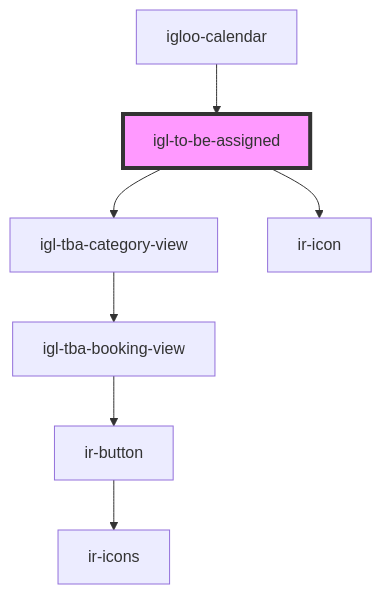
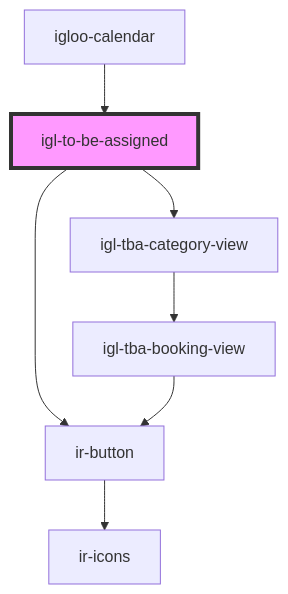
Before and after one commit to David1Chowaifaty/modified-ir-webcmp: the diagram in src/components/igloo-calendar/igl-to-be-assigned/readme.md, drawn with Mermaid. The commit also changed other lines of this file and 36 other files, not shown here.

````diff
--- a/src/components/igloo-calendar/igl-to-be-assigned/readme.md
+++ b/src/components/igloo-calendar/igl-to-be-assigned/readme.md
@@ -42,10 +42,10 @@
 ```mermaid
 graph TD;
   igl-to-be-assigned --> igl-tba-category-view
-  igl-to-be-assigned --> ir-icon
+  igl-to-be-assigned --> ir-button
   igl-tba-category-view --> igl-tba-booking-view
   igl-tba-booking-view --> ir-button
   ir-button --> ir-icons
   igloo-calendar --> igl-to-be-assigned
   style igl-to-be-assigned fill:#f9f,stroke:#333,stroke-width:4px
 ```
````
